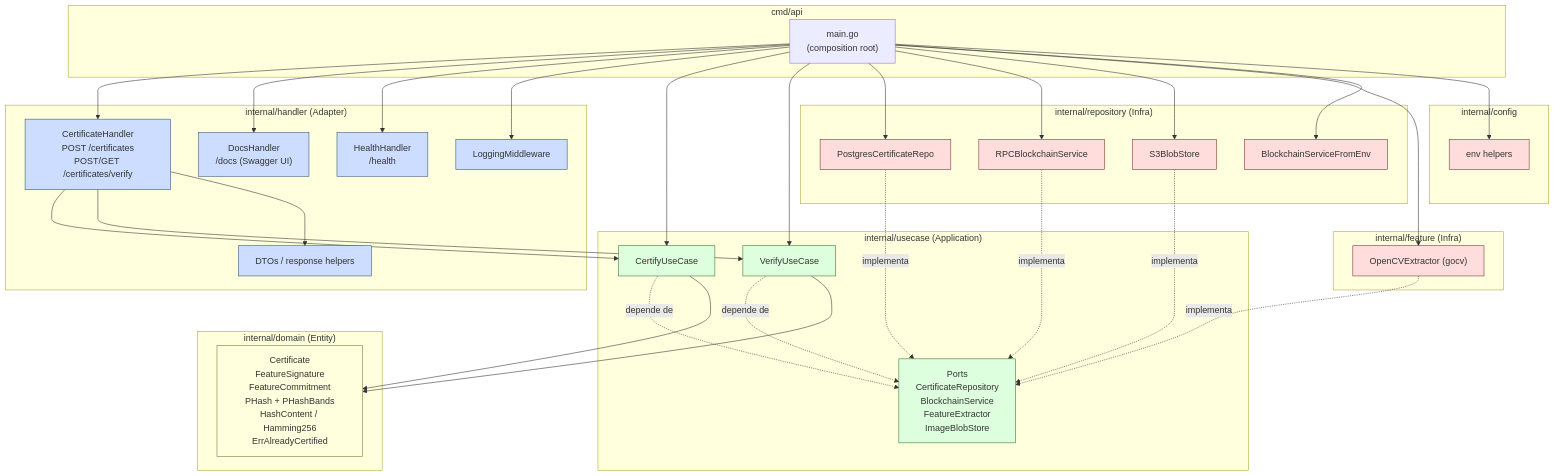
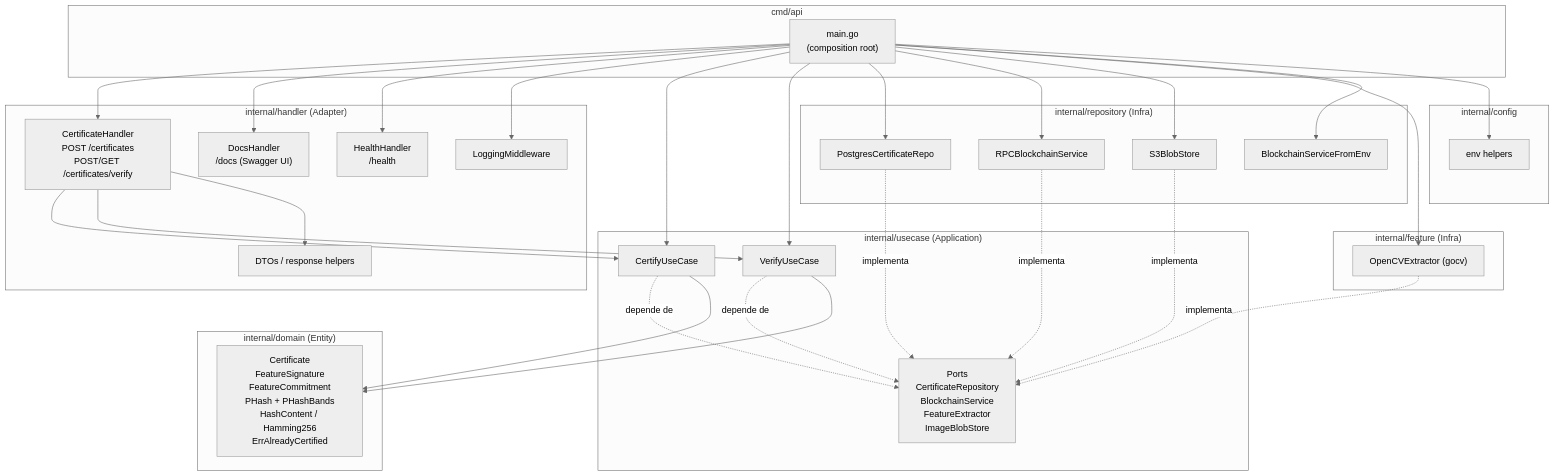
Before and after one commit to waizbart/aletheia-api: the second of 5 diagrams in docs/ARCHITECTURE.md, drawn with Mermaid. The commit also changed other lines of this file and 3 other files, not shown here.

First line of the commit message:
docs: rewrite README and clean diagrams

````diff
--- a/docs/ARCHITECTURE.md
+++ b/docs/ARCHITECTURE.md
@@ -48,68 +41,59 @@
 ```mermaid
-%%{init: {'theme': 'default'}}%%
+%%{init: {'theme': 'neutral'}}%%
 flowchart TB
     subgraph cmd["cmd/api"]
         MAIN["main.go<br/>(composition root)"]
     end
 
     subgraph handler["internal/handler (Adapter)"]
         H_CERT["CertificateHandler<br/>POST /certificates<br/>POST/GET /certificates/verify"]
         H_DOCS["DocsHandler<br/>/docs (Swagger UI)"]
         H_HEAL["HealthHandler<br/>/health"]
         MID["LoggingMiddleware"]
         DTO["DTOs / response helpers"]
     end
 
     subgraph usecase["internal/usecase (Application)"]
         UC_C["CertifyUseCase"]
         UC_V["VerifyUseCase"]
         PORTS["Ports<br/>CertificateRepository<br/>BlockchainService<br/>FeatureExtractor<br/>ImageBlobStore"]
     end
 
     subgraph domain["internal/domain (Entity)"]
         ENT["Certificate<br/>FeatureSignature<br/>FeatureCommitment<br/>PHash + PHashBands<br/>HashContent / Hamming256<br/>ErrAlreadyCertified"]
     end
 
     subgraph repo["internal/repository (Infra)"]
         PG["PostgresCertificateRepo"]
         EVM["RPCBlockchainService"]
         BLOB["S3BlobStore"]
         FACT["BlockchainServiceFromEnv"]
     end
 
     subgraph feature["internal/feature (Infra)"]
         ORB["OpenCVExtractor (gocv)"]
     end
 
     subgraph config["internal/config"]
         CFG["env helpers"]
     end
 
     MAIN --> H_CERT & H_DOCS & H_HEAL & MID
     MAIN --> UC_C & UC_V
     MAIN --> PG & EVM & BLOB & ORB & FACT
     MAIN --> CFG
 
     H_CERT --> UC_C
     H_CERT --> UC_V
     H_CERT --> DTO
 
     UC_C -. depende de .-> PORTS
     UC_V -. depende de .-> PORTS
     UC_C --> ENT
     UC_V --> ENT
 
     PG -. implementa .-> PORTS
     EVM -. implementa .-> PORTS
     BLOB -. implementa .-> PORTS
     ORB -. implementa .-> PORTS
-
-    classDef d fill:#ffd,stroke:#773
-    classDef u fill:#dfd,stroke:#373
-    classDef h fill:#cdf,stroke:#357
-    classDef i fill:#fdd,stroke:#733
-    class ENT d
-    class UC_C,UC_V,PORTS u
-    class H_CERT,H_DOCS,H_HEAL,MID,DTO h
-    class PG,EVM,BLOB,FACT,ORB,CFG i
 ```
````
